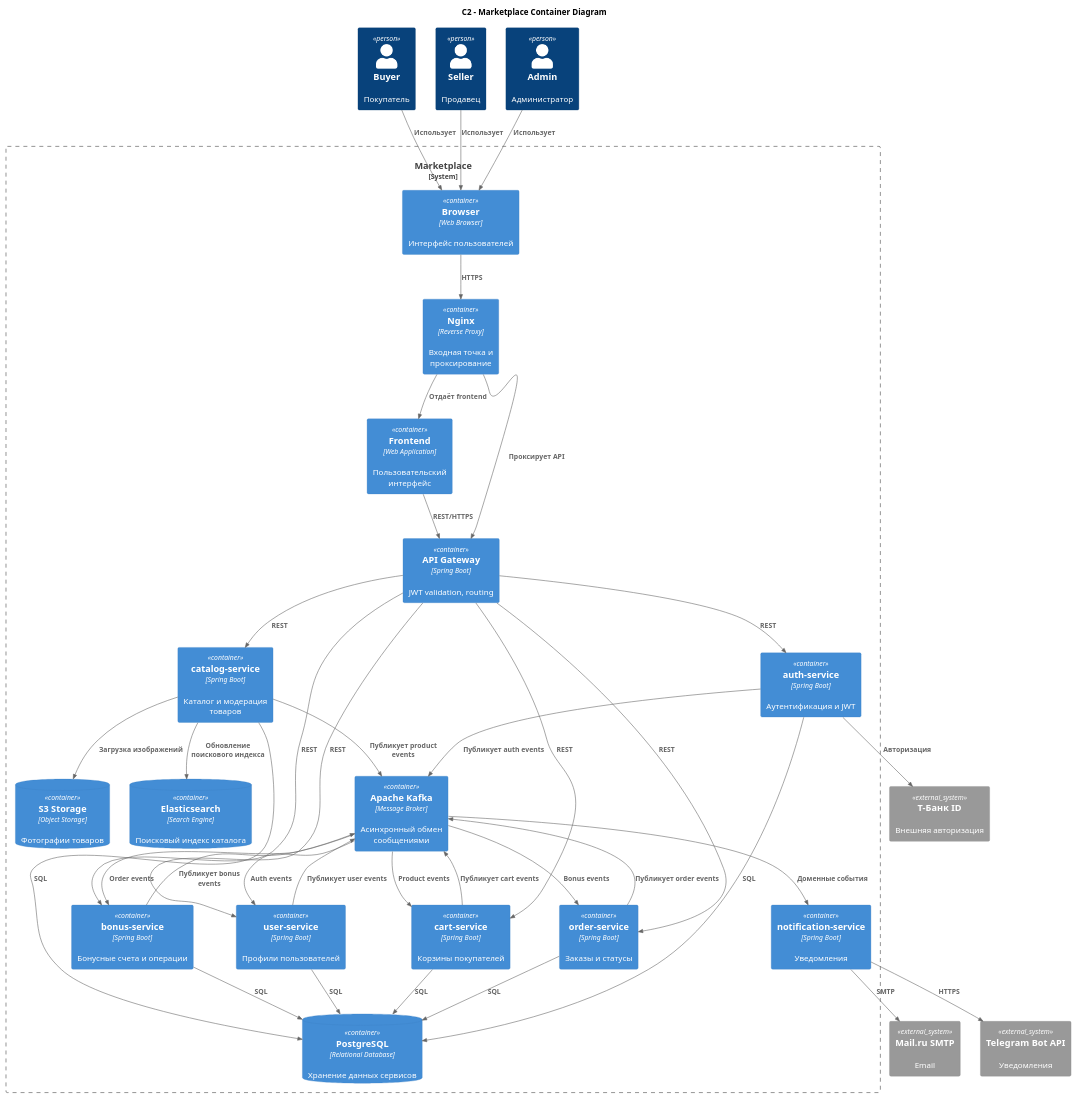
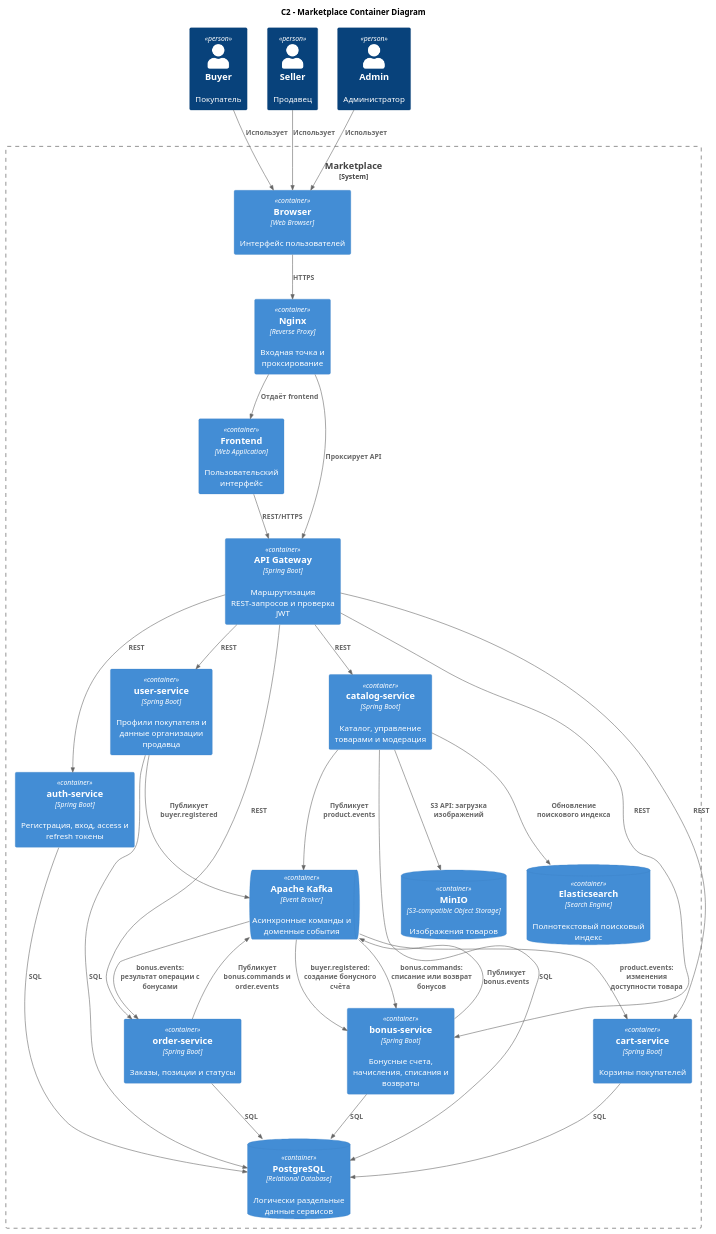
The diagram in docs/architecture/c2-containers.puml (iivanov627/TMarketplace), drawn with PlantUML before and after one commit. The commit also changed other lines of this file and 4 other files, not shown here.

Commit message:
с4 diagrams

```diff
--- a/docs/architecture/c2-containers.puml
+++ b/docs/architecture/c2-containers.puml
@@ -2,78 +1,66 @@
 @startuml c2-containers
 !include https://raw.githubusercontent.com/plantuml-stdlib/C4-PlantUML/master/C4_Container.puml
 
 title C2 - Marketplace Container Diagram
 
 Person(buyer, "Buyer", "Покупатель")
 Person(seller, "Seller", "Продавец")
 Person(admin, "Admin", "Администратор")
 
 System_Boundary(mp, "Marketplace") {
-
     Container(browser, "Browser", "Web Browser", "Интерфейс пользователей")
     Container(nginx, "Nginx", "Reverse Proxy", "Входная точка и проксирование")
     Container(frontend, "Frontend", "Web Application", "Пользовательский интерфейс")
-    Container(gateway, "API Gateway", "Spring Boot", "JWT validation, routing")
+    Container(gateway, "API Gateway", "Spring Boot", "Маршрутизация REST-запросов и проверка JWT")
 
-    Container(auth, "auth-service", "Spring Boot", "Аутентификация и JWT")
-    Container(user, "user-service", "Spring Boot", "Профили пользователей")
-    Container(catalog, "catalog-service", "Spring Boot", "Каталог и модерация товаров")
+    Container(auth, "auth-service", "Spring Boot", "Регистрация, вход, access и refresh токены")
+    Container(user, "user-service", "Spring Boot", "Профили покупателя и данные организации продавца")
+    Container(catalog, "catalog-service", "Spring Boot", "Каталог, управление товарами и модерация")
     Container(cart, "cart-service", "Spring Boot", "Корзины покупателей")
-    Container(order, "order-service", "Spring Boot", "Заказы и статусы")
-    Container(bonus, "bonus-service", "Spring Boot", "Бонусные счета и операции")
-    Container(notify, "notification-service", "Spring Boot", "Уведомления")
+    Container(order, "order-service", "Spring Boot", "Заказы, позиции и статусы")
+    Container(bonus, "bonus-service", "Spring Boot", "Бонусные счета, начисления, списания и возвраты")
 
-    ContainerDb(postgres, "PostgreSQL", "Relational Database", "Хранение данных сервисов")
-    Container(kafka, "Apache Kafka", "Message Broker", "Асинхронный обмен сообщениями")
-    ContainerDb(s3, "S3 Storage", "Object Storage", "Фотографии товаров")
-    ContainerDb(es, "Elasticsearch", "Search Engine", "Поисковый индекс каталога")
+    ContainerDb(postgres, "PostgreSQL", "Relational Database", "Логически раздельные данные сервисов")
+    ContainerQueue(kafka, "Apache Kafka", "Event Broker", "Асинхронные команды и доменные события")
+    ContainerDb(minio, "MinIO", "S3-compatible Object Storage", "Изображения товаров")
+    ContainerDb(es, "Elasticsearch", "Search Engine", "Полнотекстовый поисковый индекс")
 }
-
-System_Ext(tbank, "Т-Банк ID", "Внешняя авторизация")
-System_Ext(mail, "Mail.ru SMTP", "Email")
-System_Ext(telegram, "Telegram Bot API", "Уведомления")
 
 Rel(buyer, browser, "Использует")
 Rel(seller, browser, "Использует")
 Rel(admin, browser, "Использует")
 
 Rel(browser, nginx, "HTTPS")
 Rel(nginx, frontend, "Отдаёт frontend")
 Rel(nginx, gateway, "Проксирует API")
 Rel(frontend, gateway, "REST/HTTPS")
 
 Rel(gateway, auth, "REST")
 Rel(gateway, user, "REST")
 Rel(gateway, catalog, "REST")
 Rel(gateway, cart, "REST")
 Rel(gateway, order, "REST")
 Rel(gateway, bonus, "REST")
 
 Rel(auth, postgres, "SQL")
 Rel(user, postgres, "SQL")
 Rel(catalog, postgres, "SQL")
 Rel(cart, postgres, "SQL")
 Rel(order, postgres, "SQL")
 Rel(bonus, postgres, "SQL")
 
-Rel(catalog, s3, "Загрузка изображений")
+Rel(catalog, minio, "S3 API: загрузка изображений")
 Rel(catalog, es, "Обновление поискового индекса")
 
-Rel(auth, tbank, "Авторизация")
-Rel(notify, mail, "SMTP")
-Rel(notify, telegram, "HTTPS")
+Rel(user, kafka, "Публикует buyer.registered")
+Rel(kafka, bonus, "buyer.registered: создание бонусного счёта")
 
-Rel(auth, kafka, "Публикует auth events")
-Rel(user, kafka, "Публикует user events")
-Rel(catalog, kafka, "Публикует product events")
-Rel(cart, kafka, "Публикует cart events")
-Rel(order, kafka, "Публикует order events")
-Rel(bonus, kafka, "Публикует bonus events")
+Rel(catalog, kafka, "Публикует product.events")
+Rel(kafka, cart, "product.events: изменения доступности товара")
 
-Rel(kafka, user, "Auth events")
-Rel(kafka, cart, "Product events")
-Rel(kafka, order, "Bonus events")
-Rel(kafka, bonus, "Order events")
-Rel(kafka, notify, "Доменные события")
+Rel(order, kafka, "Публикует bonus.commands и order.events")
+Rel(kafka, bonus, "bonus.commands: списание или возврат бонусов")
+Rel(bonus, kafka, "Публикует bonus.events")
+Rel(kafka, order, "bonus.events: результат операции с бонусами")
 
 @enduml
```
